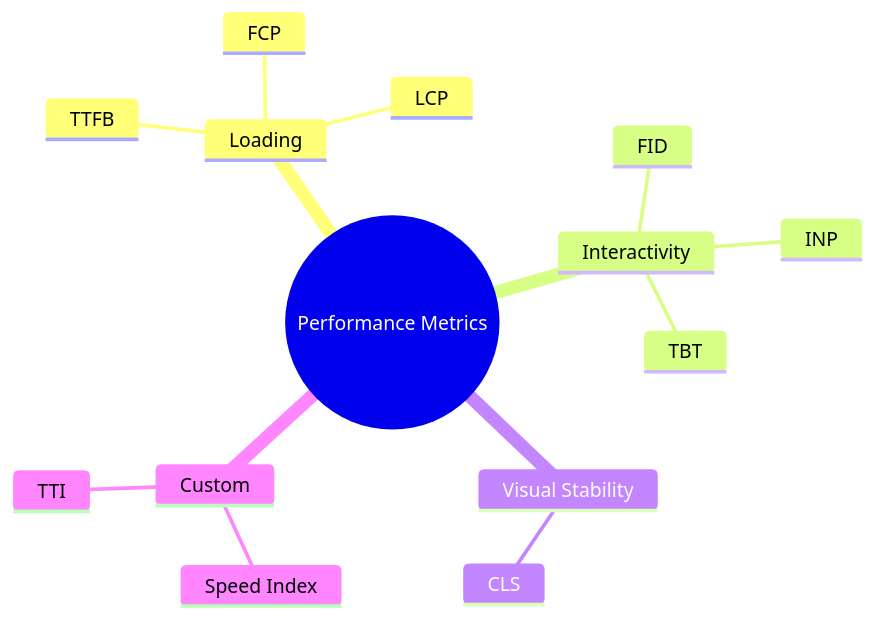
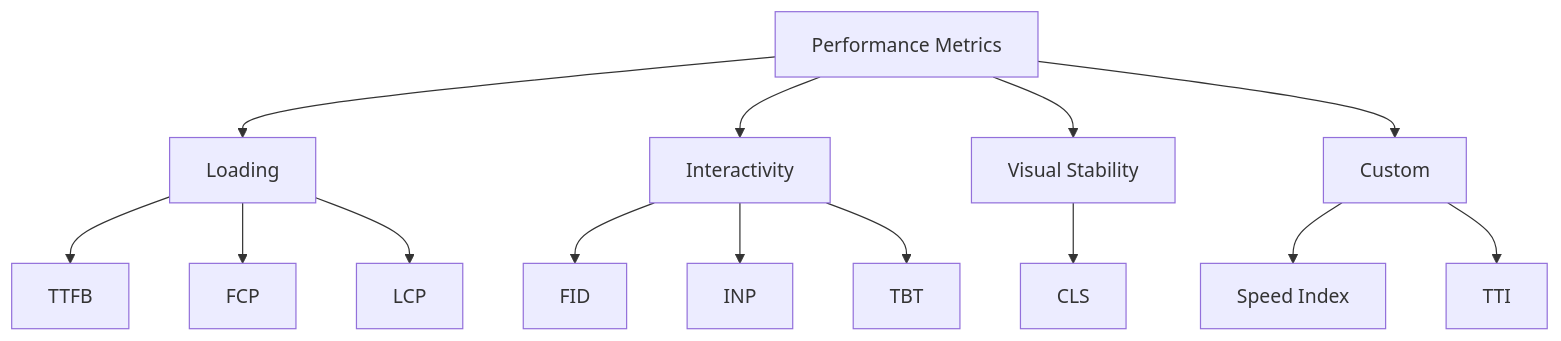
Before and after one commit to Anuhyaaa/web-optimization: the first of 9 diagrams in optimization.md, drawn with Mermaid.

Commit message:
Fix mindmap diagram visibility by converting to flowchart

````diff
--- a/optimization.md
+++ b/optimization.md
@@ -50,17 +50,21 @@
 ```mermaid
-mindmap
-    root((Performance Metrics))
-        Loading
-            TTFB
-            FCP
-            LCP
-        Interactivity
-            FID
-            INP
-            TBT
-        Visual Stability
-            CLS
-        Custom
-            Speed Index
-            TTI
+flowchart TB
+    PM[Performance Metrics]
+    PM --> L[Loading]
+    PM --> I[Interactivity]
+    PM --> VS[Visual Stability]
+    PM --> C[Custom]
+    
+    L --> TTFB[TTFB]
+    L --> FCP[FCP]
+    L --> LCP[LCP]
+    
+    I --> FID[FID]
+    I --> INP[INP]
+    I --> TBT[TBT]
+    
+    VS --> CLS[CLS]
+    
+    C --> SI[Speed Index]
+    C --> TTI[TTI]
 ```
````
